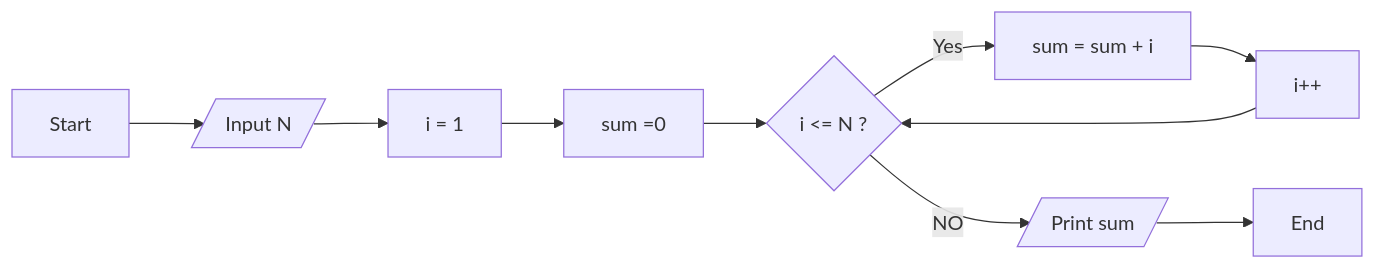
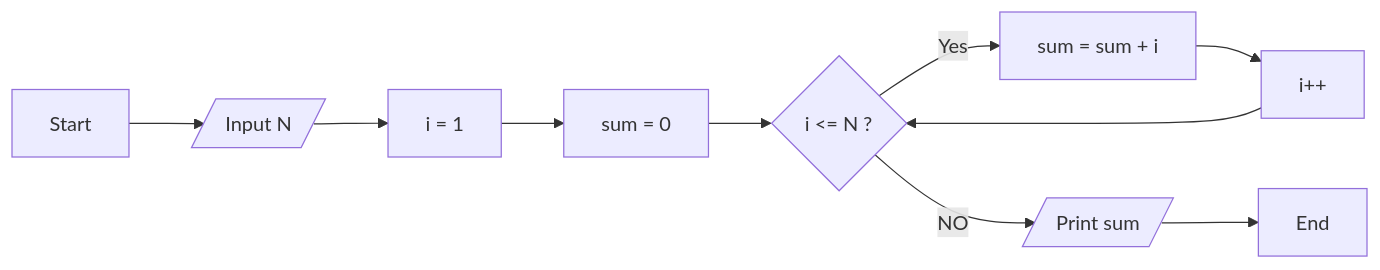
One commit to mdrahulhasanridoy/Code-With-Ridoy-2.0 changed the second of 2 diagrams in Introduction To Programming Language/Week 02 Loop and Online Judges/Module 4 Looping Statements/README.md. Above: the diagram before and after it, drawn with Mermaid. The commit also changed other lines of this file and 2 other files, not shown here.

````diff
--- a/Introduction To Programming Language/Week 02 Loop and Online Judges/Module 4 Looping Statements/README.md
+++ b/Introduction To Programming Language/Week 02 Loop and Online Judges/Module 4 Looping Statements/README.md
@@ -17,7 +17,7 @@
 ```mermaid
 graph LR
 A[Start] --> B[/Input N/]
-B --> id1[ i = 1 ] --> id2[ sum =0 ] --> C{i <= N ? }
+B --> id1[ i = 1 ] --> id2[ sum = 0 ] --> C{i <= N ? }
 C --> |Yes|id3[sum = sum + i] --> id4[i++] --> C
 C --> |NO|D[/Print sum/] --> E[End]
 ```
````
